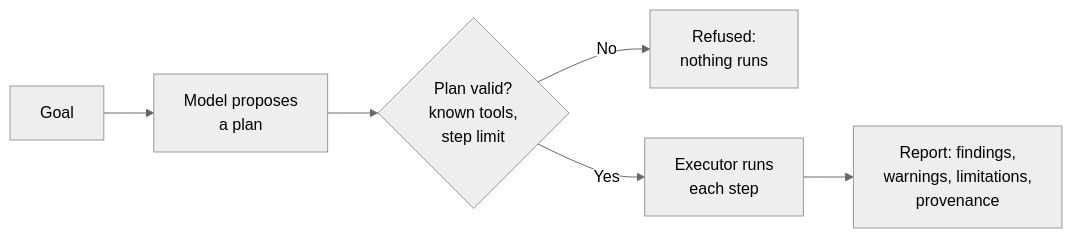
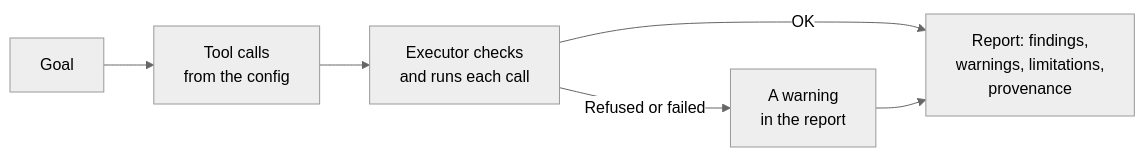
One commit to yuxuzi/quant-agent-os changed the third of 12 diagrams in docs/tutorial.md. Above: the diagram before and after it, drawn with Mermaid (neutral theme). The commit also changed other lines of this file and 40 other files, not shown here.

````diff
--- a/docs/tutorial.md
+++ b/docs/tutorial.md
@@ -115,8 +115,8 @@
 ```mermaid
 flowchart LR
-    G["Goal"] --> P["Model proposes<br/>a plan"]
-    P --> V{"Plan valid?<br/>known tools,<br/>step limit"}
-    V -->|No| X["Refused:<br/>nothing runs"]
-    V -->|Yes| E["Executor runs<br/>each step"]
-    E --> R["Report: findings,<br/>warnings, limitations,<br/>provenance"]
+    G["Goal"] --> C["Tool calls<br/>from the config"]
+    C --> E["Executor checks<br/>and runs each call"]
+    E -->|Refused or failed| W["A warning<br/>in the report"]
+    E -->|OK| R["Report: findings,<br/>warnings, limitations,<br/>provenance"]
+    W --> R
 ```
````
